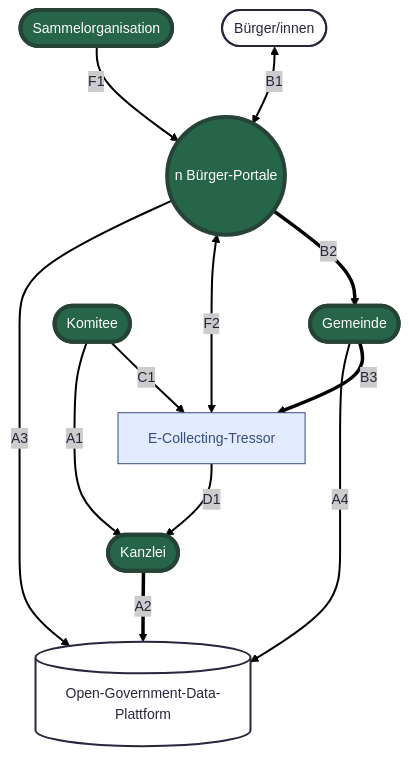
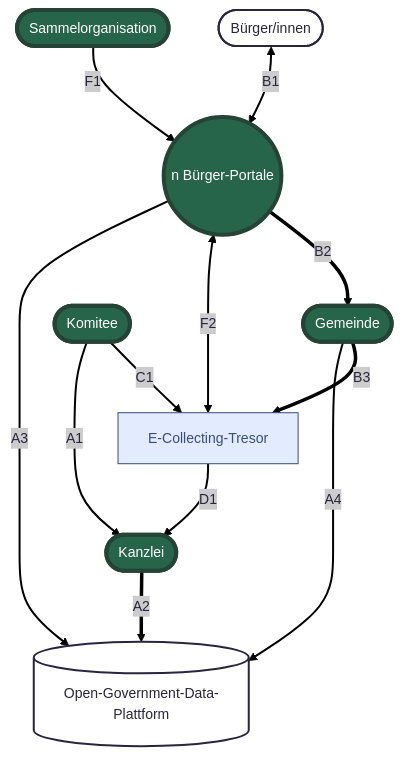
The diagram in README.md (swiss/e-collecting-hackathon-team2), drawn with Mermaid before and after one commit. The commit also changed other lines of this file, not shown here.

````diff
--- a/README.md
+++ b/README.md
@@ -64,29 +64,29 @@
 ```mermaid
 ---
 config:
   theme: redux
   layout: dagre
 ---
 flowchart TB
     C(["Bürger/innen"]) <--B1--> P(("n Bürger-Portale"))
     P == "B2" ==> M(["Gemeinde"])
     K(["Komitee"]) -- "C1" --> V
     U(["Sammelorganisation"]) -- "F1"--> P
-    M == "B3" ==> V["E-Collecting-Tressor"]
+    M == "B3" ==> V["E-Collecting-Tresor"]
     P <-- "F2" --> V
     V --"D1"--> Ch(["Kanzlei"])
     Ch == "A2" ==> OGD["Open-Government-Data-Plattform"]
     P -- "A3" --> OGD 
     M -- "A4" --> OGD 
     K -- "A1" --> Ch
     OGD@{ shape: cyl}
      P:::Pine
      M:::Pine
      U:::Pine
      K:::Pine
      V:::Sky
      Ch:::Pine
     classDef Rose stroke-width:1px, stroke-dasharray:none, stroke:#FF5978, fill:#FFDFE5, color:#8E2236
     classDef Pine stroke-width:4px, stroke-dasharray:none, stroke:#254336, fill:#27654A, color:#FFFFFF
     classDef Sky stroke-width:1px, stroke-dasharray:none, stroke:#374D7C, fill:#E2EBFF, color:#374D7C
 ```
````
